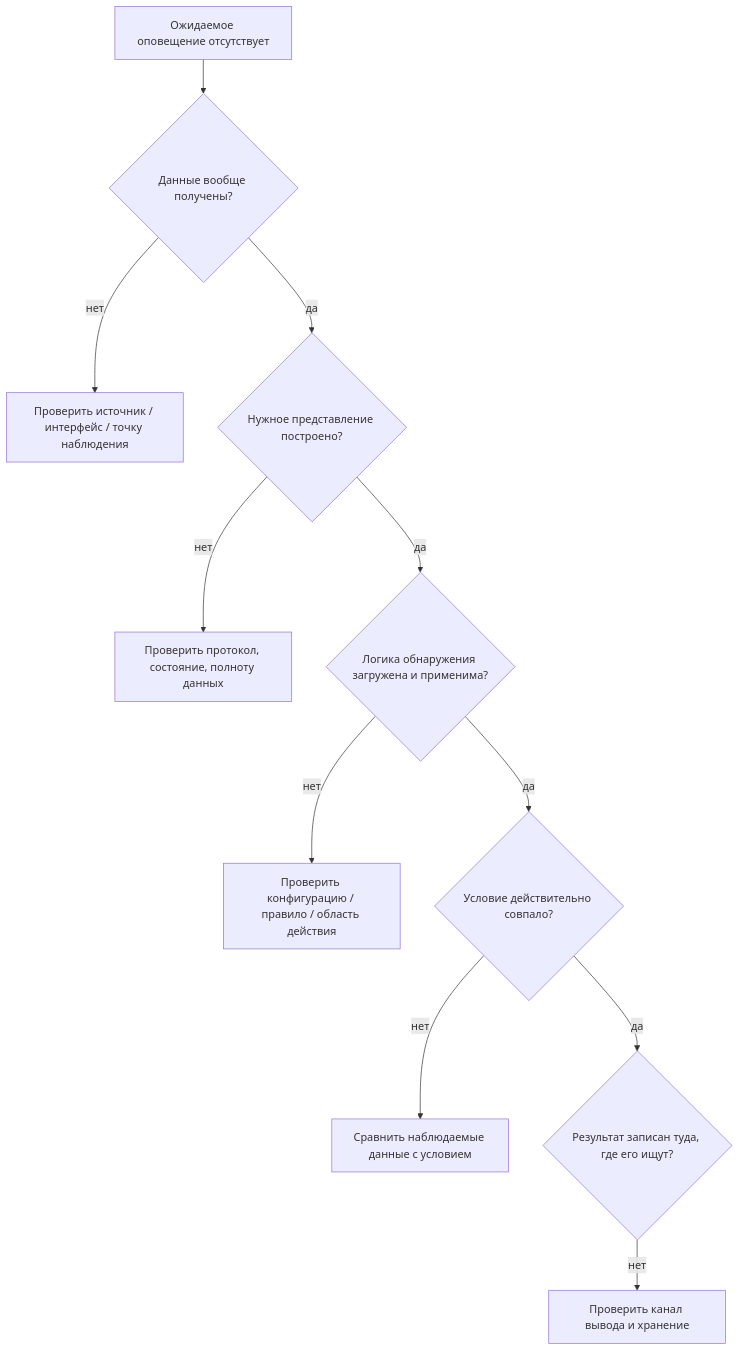
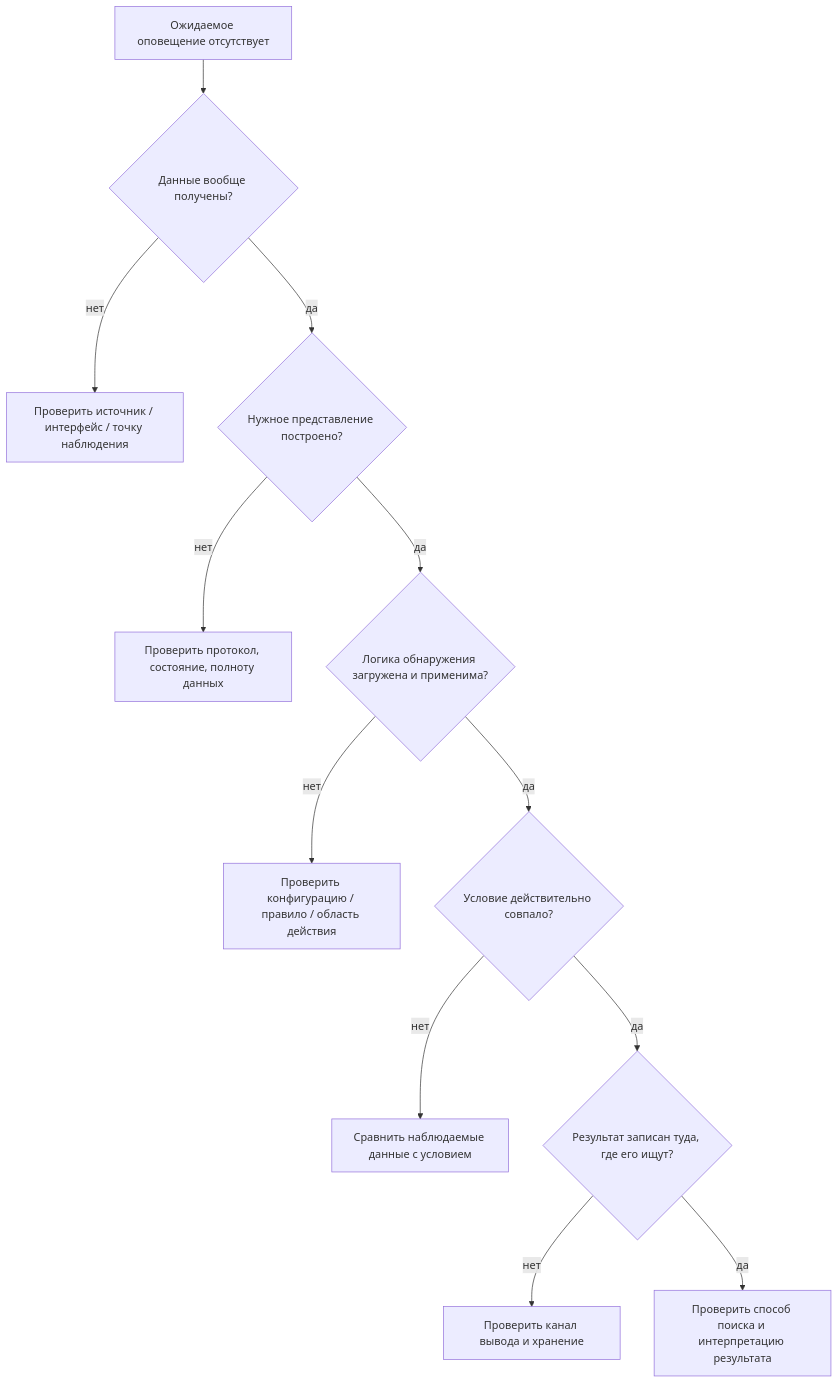
One commit to 11ndra/spvo changed the third of 3 diagrams in docs/course/03-detection.md. Above: the diagram before and after it, drawn with Mermaid. The commit also changed other lines of this file, not shown here.

````diff
--- a/docs/course/03-detection.md
+++ b/docs/course/03-detection.md
@@ -416,14 +433,15 @@
 ```mermaid
 flowchart TB
     Q[Ожидаемое оповещение отсутствует]
     Q --> A{Данные вообще получены?}
     A -->|нет| A1[Проверить источник / интерфейс / точку наблюдения]
     A -->|да| B{Нужное представление построено?}
     B -->|нет| B1[Проверить протокол, состояние, полноту данных]
     B -->|да| C{Логика обнаружения загружена и применима?}
     C -->|нет| C1[Проверить конфигурацию / правило / область действия]
     C -->|да| D{Условие действительно совпало?}
     D -->|нет| D1[Сравнить наблюдаемые данные с условием]
     D -->|да| E{Результат записан туда, где его ищут?}
     E -->|нет| E1[Проверить канал вывода и хранение]
+    E -->|да| E2[Проверить способ поиска и интерпретацию результата]
 ```
````
